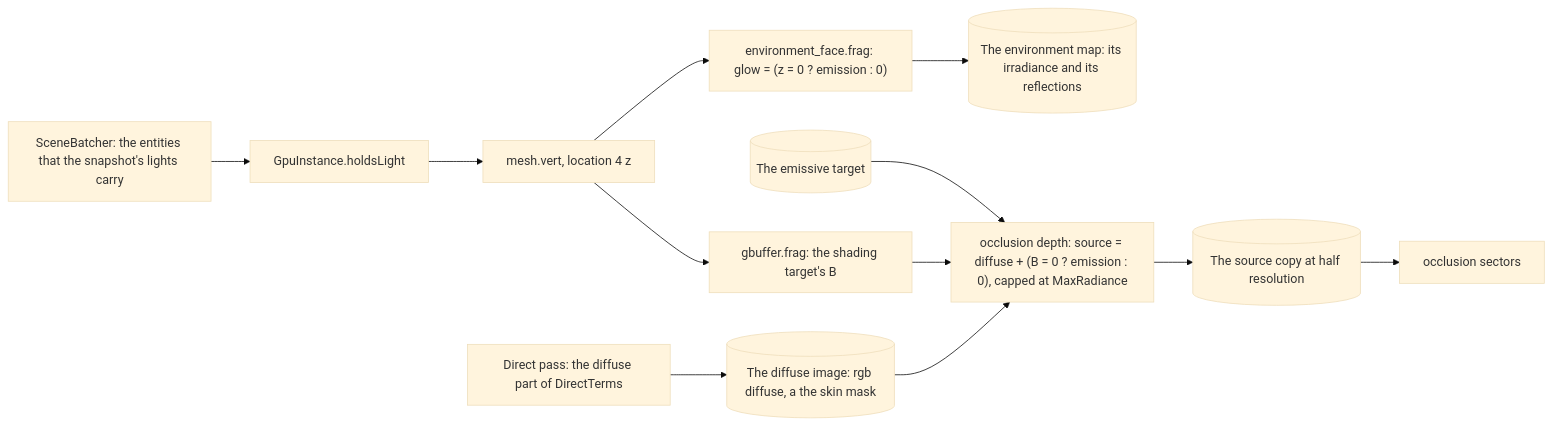
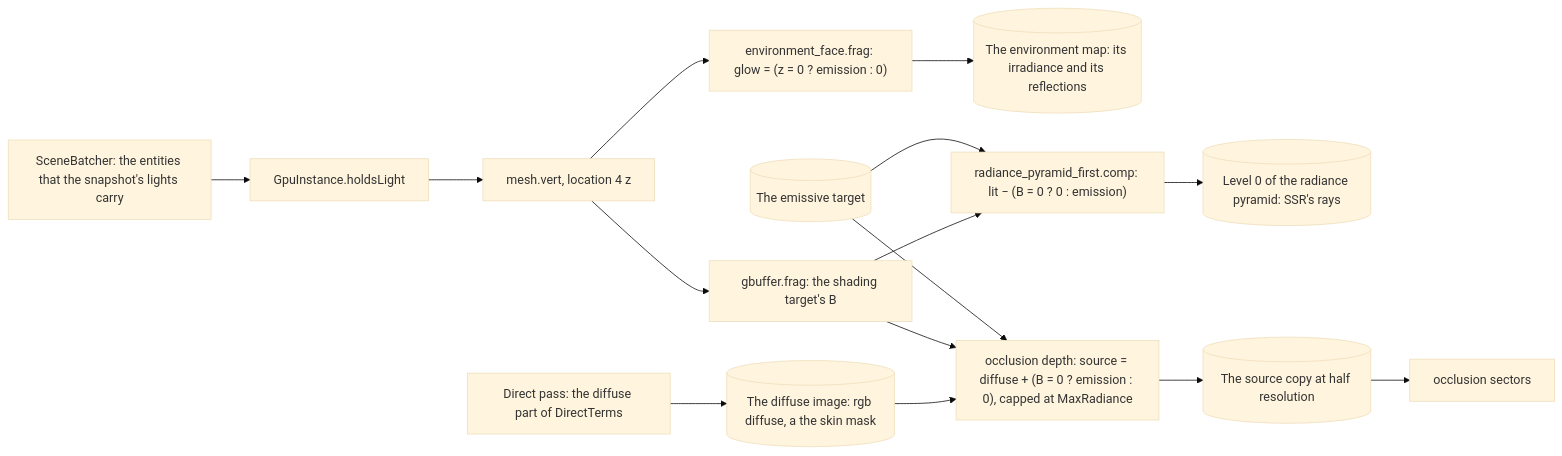
Before and after one commit to alexispurslane/tertius: the third of 4 diagrams in docs/plans/screen-space-illumination.md, drawn with Mermaid (base theme). The commit also changed other lines of this file and 8 other files, not shown here.

````diff
--- a/docs/plans/screen-space-illumination.md
+++ b/docs/plans/screen-space-illumination.md
@@ -630,11 +630,13 @@
 ```mermaid
 flowchart LR
     B["SceneBatcher: the entities that the snapshot's lights carry"] --> GI["GpuInstance.holdsLight"]
     GI --> MV["mesh.vert, location 4 z"] --> GF["gbuffer.frag: the shading target's B"]
     MV --> EF["environment_face.frag: glow = (z = 0 ? emission : 0)"] --> EMAP[("The environment map: its irradiance and its reflections")]
+    GF --> RP["radiance_pyramid_first.comp: lit − (B = 0 ? 0 : emission)"] --> RPY[("Level 0 of the radiance pyramid: SSR's rays")]
+    EM --> RP
     DP["Direct pass: the diffuse part of DirectTerms"] --> DF[("The diffuse image: rgb diffuse, a the skin mask")]
     DF --> OD["occlusion depth: source = diffuse + (B = 0 ? emission : 0), capped at MaxRadiance"]
     GF --> OD
     EM[("The emissive target")] --> OD
     OD --> SR[("The source copy at half resolution")] --> OS["occlusion sectors"]
 ```
````
